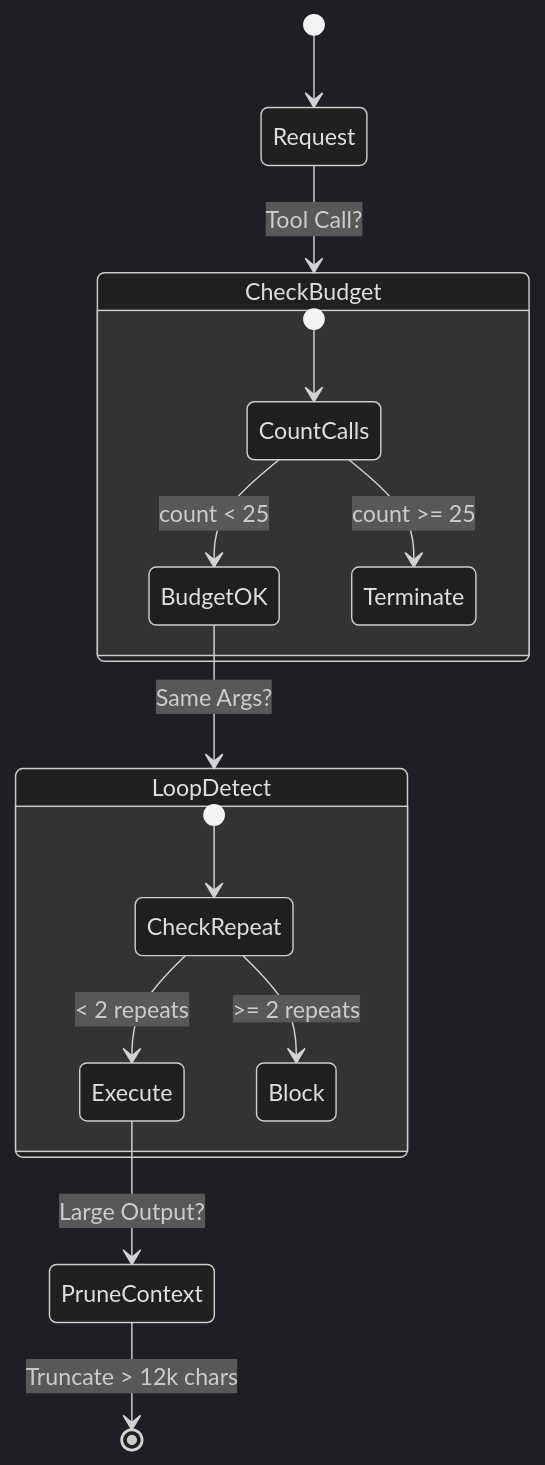
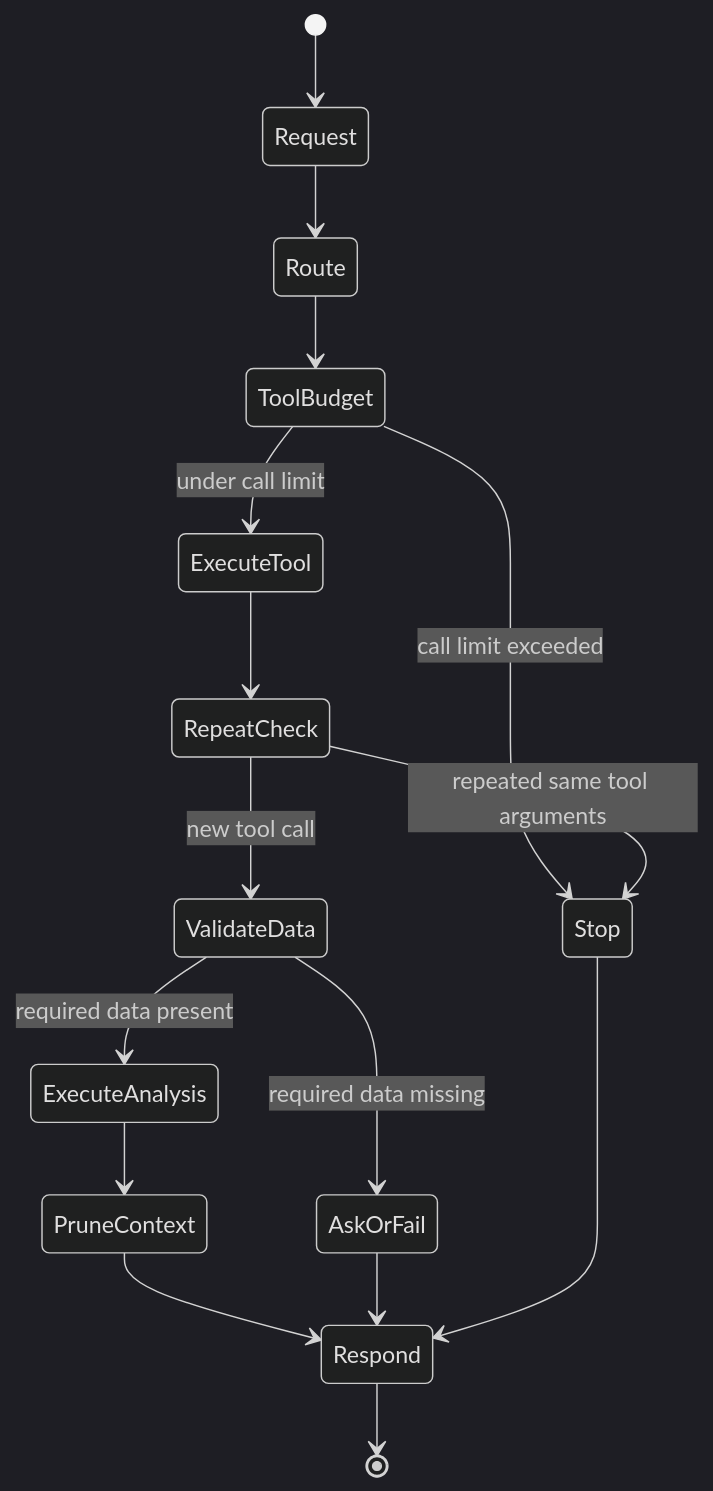
One commit to Ch3w3y/parsnip-ai changed the eighth of 8 diagrams in docs/ARCHITECTURE_VISUALS.md. Above: the diagram before and after it, drawn with Mermaid (dark theme). The commit also changed other lines of this file and 15 other files, not shown here.

````diff
--- a/docs/ARCHITECTURE_VISUALS.md
+++ b/docs/ARCHITECTURE_VISUALS.md
@@ -71,21 +199,22 @@
 ```mermaid
 stateDiagram-v2
     [*] --> Request
-    Request --> CheckBudget: Tool Call?
-    
-    state CheckBudget {
-        [*] --> CountCalls
-        CountCalls --> BudgetOK: count < 25
-        CountCalls --> Terminate: count >= 25
-    }
-    
-    BudgetOK --> LoopDetect: Same Args?
-    state LoopDetect {
-        [*] --> CheckRepeat
-        CheckRepeat --> Execute: < 2 repeats
-        CheckRepeat --> Block: >= 2 repeats
-    }
-    
-    Execute --> PruneContext: Large Output?
-    PruneContext --> [*]: Truncate > 12k chars
+    Request --> Route
+    Route --> ToolBudget
+
+    ToolBudget --> ExecuteTool: under call limit
+    ToolBudget --> Stop: call limit exceeded
+
+    ExecuteTool --> RepeatCheck
+    RepeatCheck --> Stop: repeated same tool arguments
+    RepeatCheck --> ValidateData: new tool call
+
+    ValidateData --> ExecuteAnalysis: required data present
+    ValidateData --> AskOrFail: required data missing
+
+    ExecuteAnalysis --> PruneContext
+    PruneContext --> Respond
+    AskOrFail --> Respond
+    Stop --> Respond
+    Respond --> [*]
 ```
````
